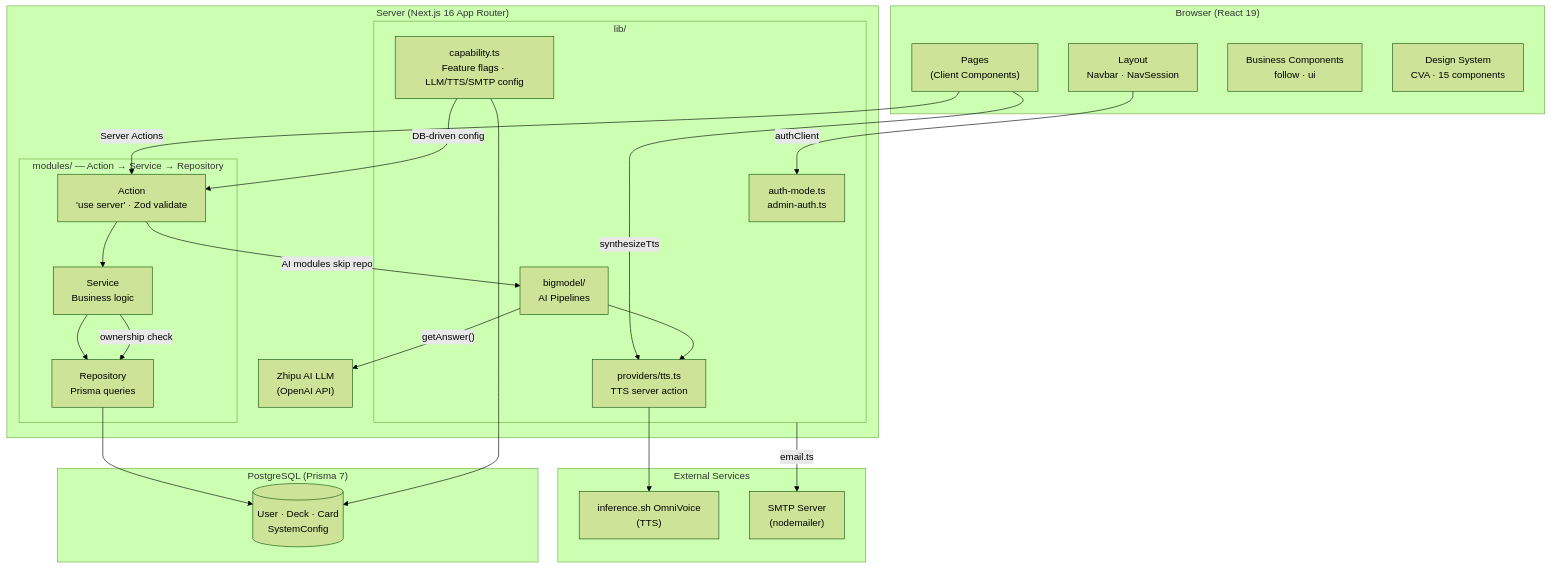
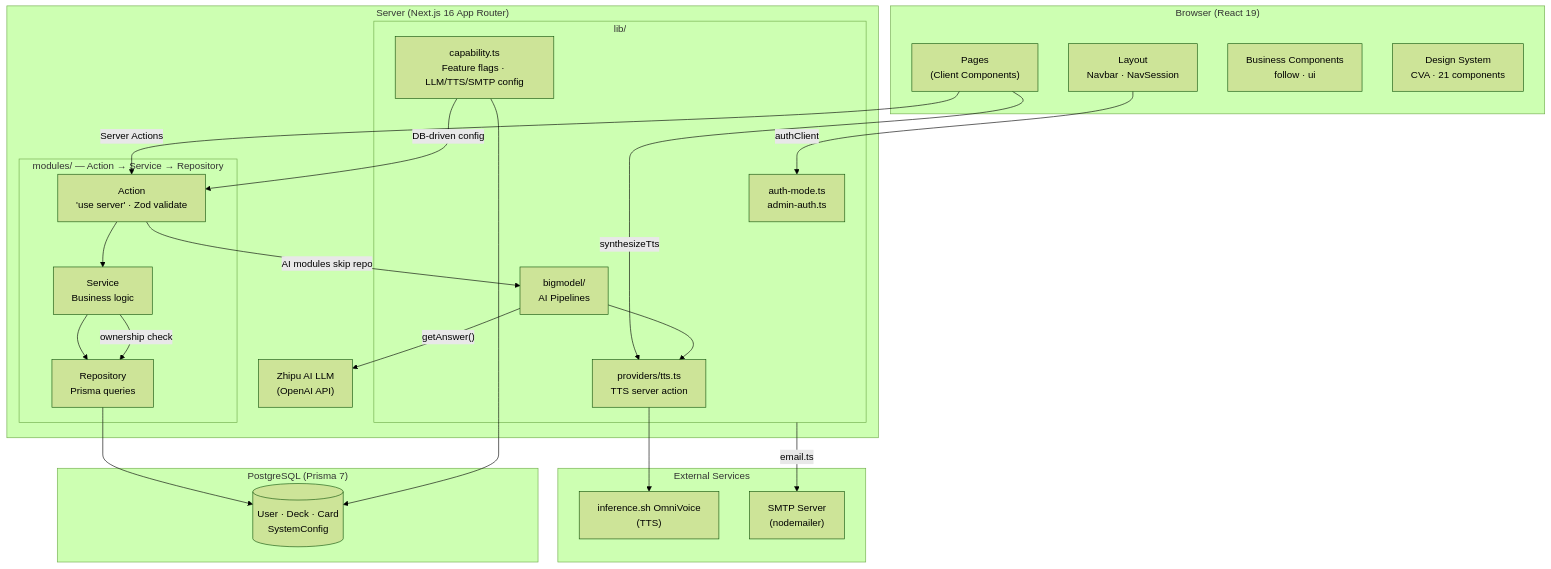
The diagram in README.md (GoddoNebianU/learn-languages), drawn with Mermaid (forest theme) before and after one commit. The commit also changed 14 other files, not shown here.

````diff
--- a/README.md
+++ b/README.md
@@ -48,48 +48,48 @@
 ```mermaid
 graph TB
     subgraph Browser["Browser (React 19)"]
         Pages["Pages<br/>(Client Components)"]
         Layout["Layout<br/>Navbar · NavSession"]
         BizComps["Business Components<br/>follow · ui"]
-        DS["Design System<br/>CVA · 15 components"]
+        DS["Design System<br/>CVA · 21 components"]
     end
 
     Pages -->|"Server Actions"| Action
     Layout -->|"authClient"| AuthMod
     Pages -->|"synthesizeTts"| TTS
 
     subgraph Server["Server (Next.js 16 App Router)"]
         subgraph Modules["modules/ — Action → Service → Repository"]
             Action["Action<br/>'use server' · Zod validate"] --> Service["Service<br/>Business logic"] --> Repository["Repository<br/>Prisma queries"]
         end
         Action -->|"AI modules skip repo"| Pipelines
 
         subgraph Lib["lib/"]
             AuthMod["auth-mode.ts<br/>admin-auth.ts"]
             Cap["capability.ts<br/>Feature flags · LLM/TTS/SMTP config"]
             Pipelines["bigmodel/<br/>AI Pipelines"]
             TTS["providers/tts.ts<br/>TTS server action"]
         end
 
         Service -->|"ownership check"| Repository
         Pipelines -->|"getAnswer()"| LLM
         Pipelines --> TTS
         Cap -->|"DB-driven config"| Action
     end
 
     Repository --> DB
     Cap --> DB
 
     subgraph Storage["PostgreSQL (Prisma 7)"]
         DB[("User · Deck · Card<br/>SystemConfig")]
     end
 
     subgraph External["External Services"]
         LLM["Zhipu AI LLM<br/>(OpenAI API)"]
         Qwen["inference.sh OmniVoice<br/>(TTS)"]
         SMTP["SMTP Server<br/>(nodemailer)"]
     end
 
     TTS --> Qwen
     Lib -->|"email.ts"| SMTP
 ```
````
